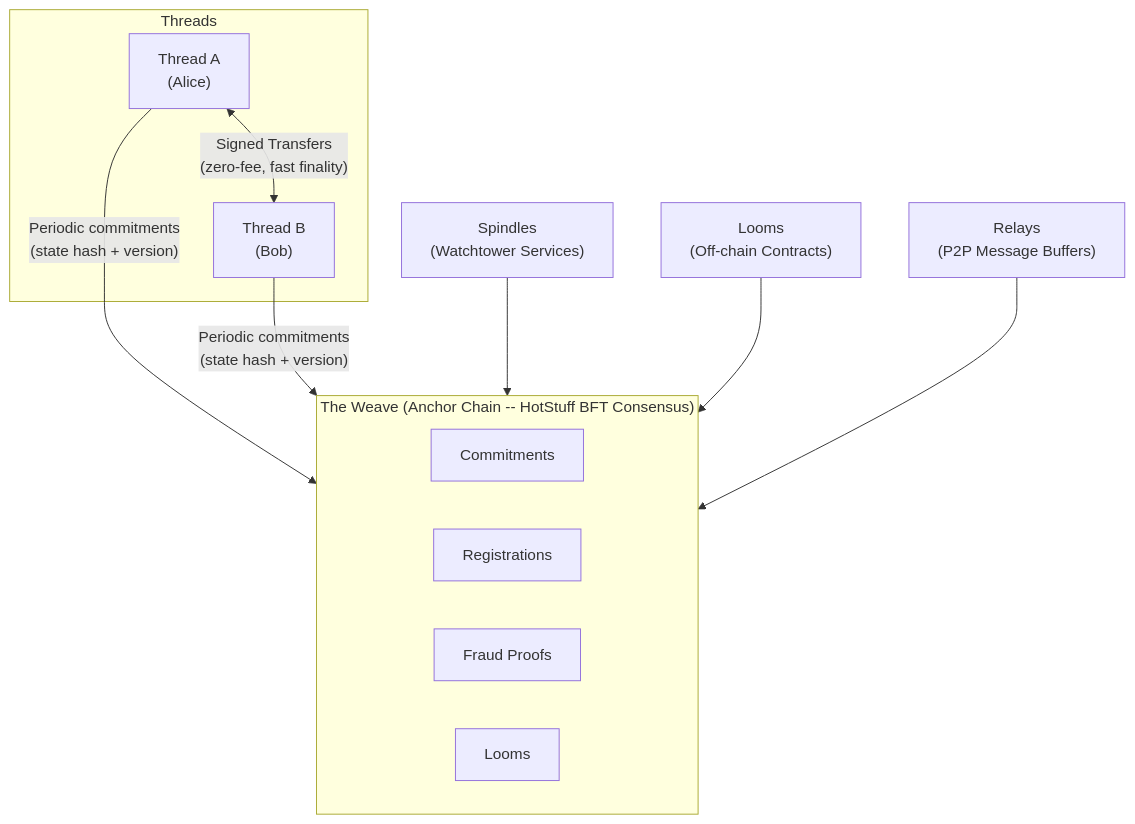
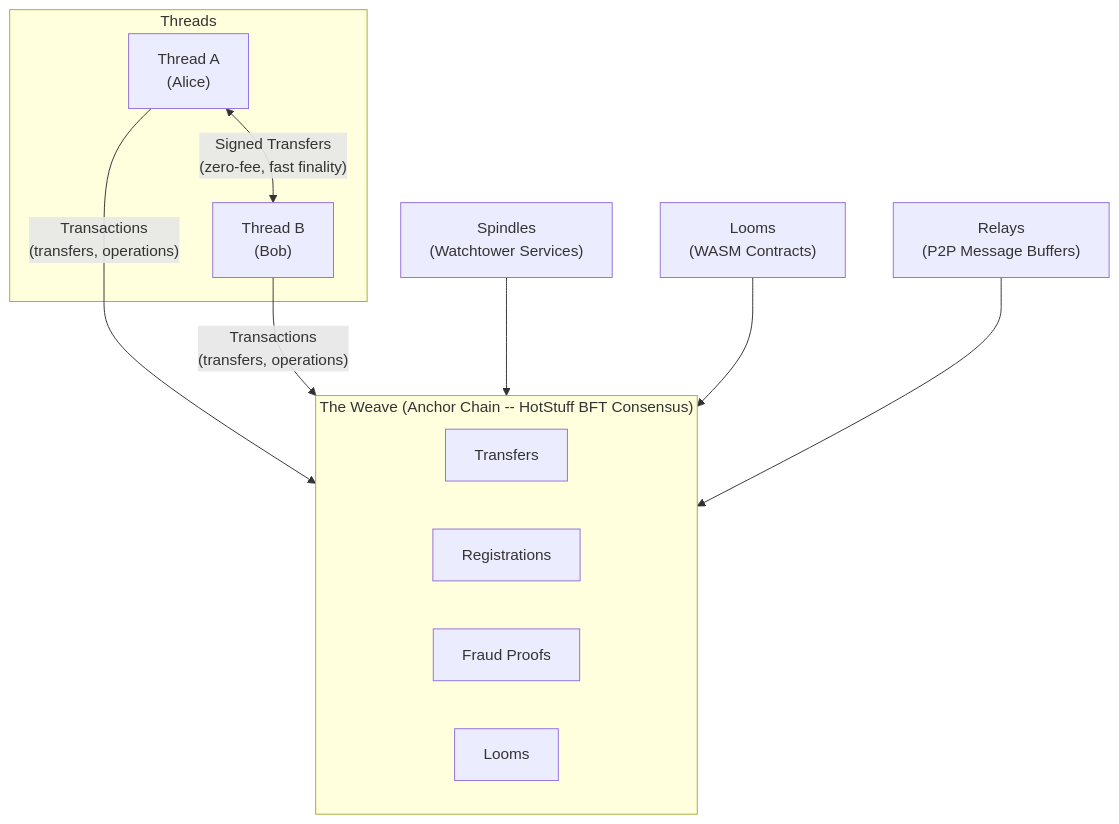
The first of 2 diagrams in README.md (augmnt/norn-protocol), drawn with Mermaid before and after one commit. The commit also changed other lines of this file and 6 other files, not shown here.

````diff
--- a/README.md
+++ b/README.md
@@ -67,23 +67,23 @@
 ```mermaid
 flowchart TB
     subgraph Threads
         A["Thread A<br/>(Alice)"]
         B["Thread B<br/>(Bob)"]
     end
 
     A <-->|"Signed Transfers<br/>(zero-fee, fast finality)"| B
 
-    A -->|"Periodic commitments<br/>(state hash + version)"| W
-    B -->|"Periodic commitments<br/>(state hash + version)"| W
+    A -->|"Transactions<br/>(transfers, operations)"| W
+    B -->|"Transactions<br/>(transfers, operations)"| W
 
     subgraph W["The Weave (Anchor Chain -- HotStuff BFT Consensus)"]
-        C[Commitments]
+        T[Transfers]
         R[Registrations]
         F[Fraud Proofs]
         L2[Looms]
     end
 
     SP["Spindles<br/>(Watchtower Services)"] --> W
-    LM["Looms<br/>(Off-chain Contracts)"] --> W
+    LM["Looms<br/>(WASM Contracts)"] --> W
     RL["Relays<br/>(P2P Message Buffers)"] --> W
 ```
````
